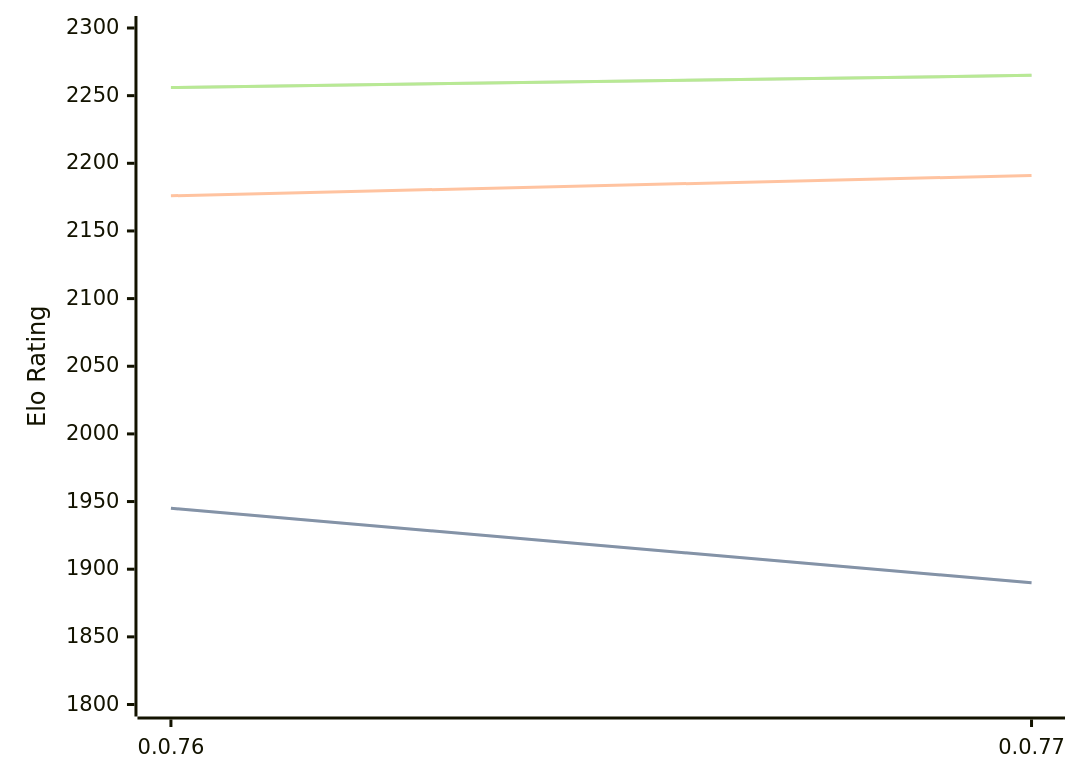
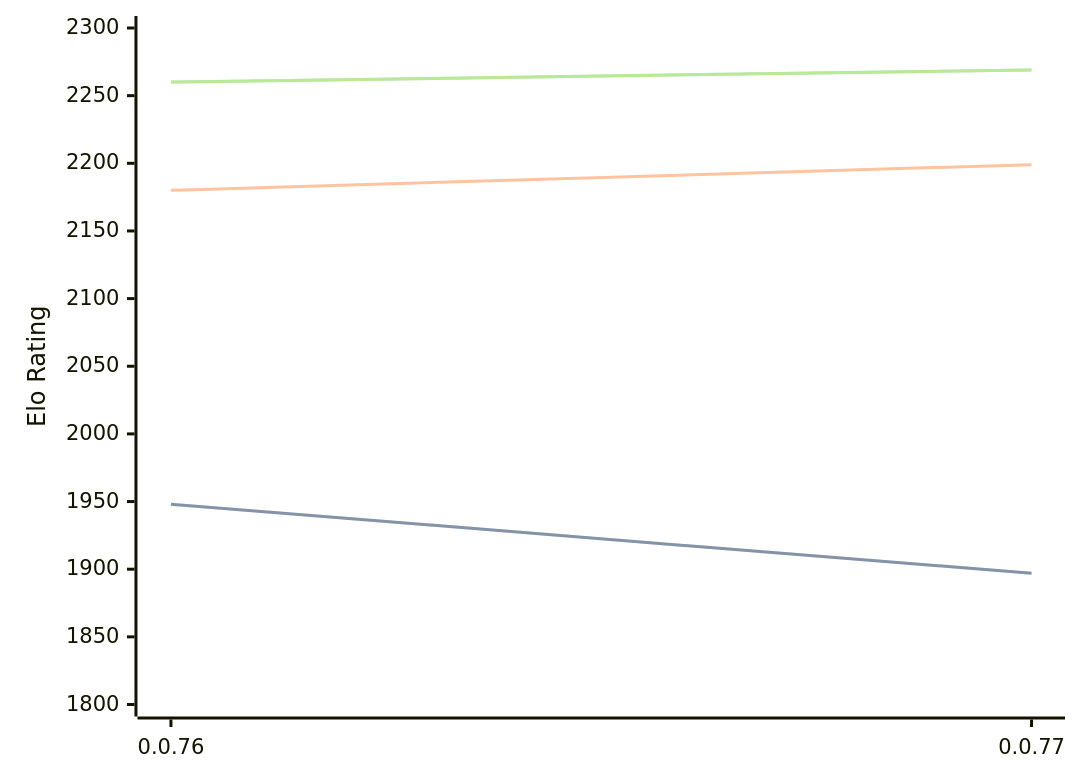
One commit to computer-chess-index/cci changed the diagram in engines/Fktb.md. Above: the diagram before and after it, drawn with Mermaid. The commit also changed other lines of this file, not shown here.

Commit message:
Update CCI Ratings (ELO VLTC) - 2026-05-02

````diff
--- a/engines/Fktb.md
+++ b/engines/Fktb.md
@@ -32,11 +32,11 @@
 ```mermaid
 %%{init: {"theme":"base","themeVariables":{"seriesColors:['#a3a3a3','#222221','#faa371']}}}%%
 xychart-beta
   x-axis ["0.0.76", "0.0.77"]
   y-axis "Elo Rating" 1800 --> 2300
-  line "STC (8.0+0.08s)" [1945, 1890]
-  line "STC (8.0+0.08s)" [1945, 1890]
-  line "LTC (60.0+0.60s)" [2176, 2191]
-  line "VLTC (2m24s+1.12s)" [2256, 2265]
-  line "VLTC (2m24s+1.12s)" [2256, 2265]
+  line "STC (8.0+0.08s)" [1948, 1897]
+  line "STC (8.0+0.08s)" [1948, 1897]
+  line "LTC (60.0+0.60s)" [2180, 2199]
+  line "VLTC (2m24s+1.12s)" [2260, 2269]
+  line "VLTC (2m24s+1.12s)" [2260, 2269]
 ```
````
